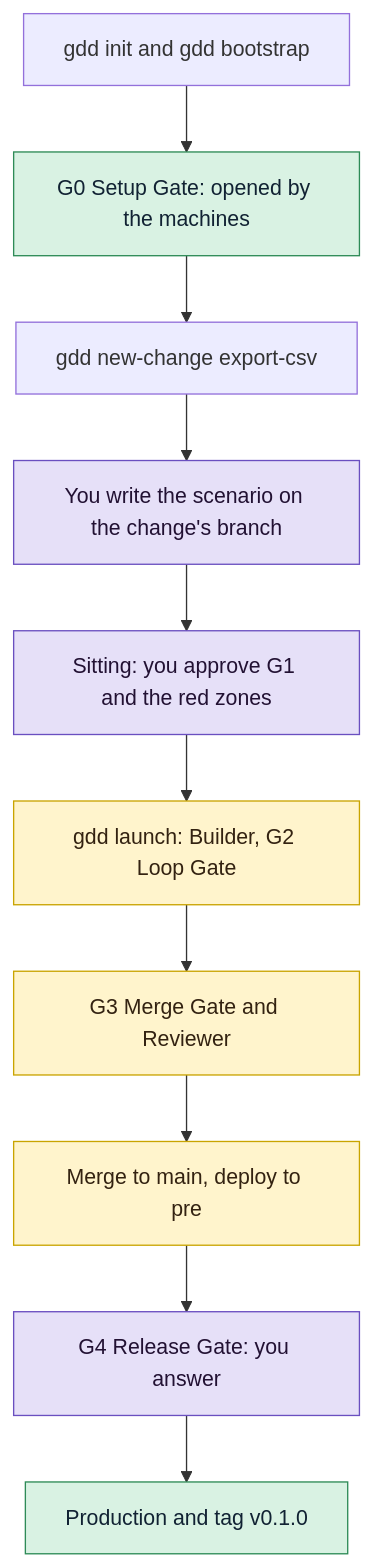
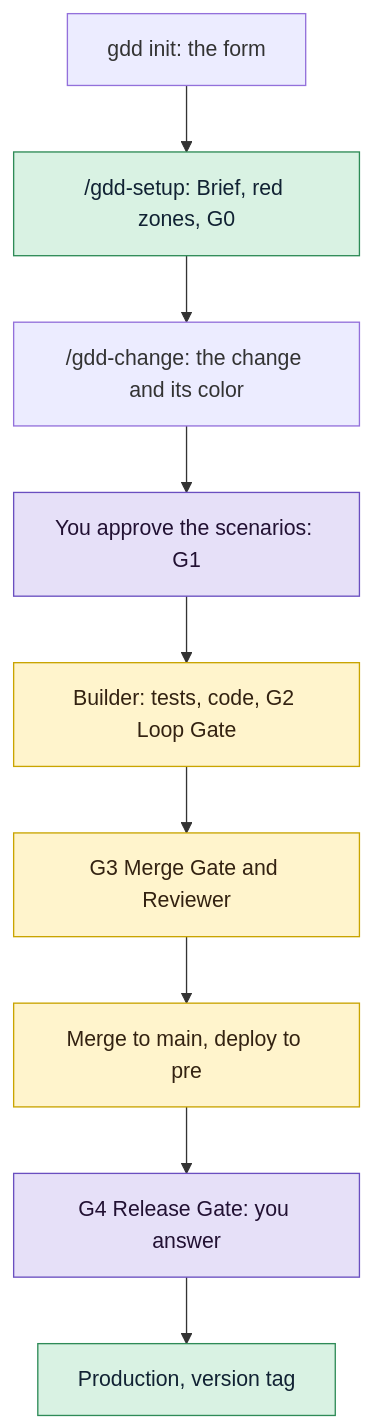
The diagram in docs/getting-started/tutorial.md (MarsGotta/gdd), drawn with Mermaid before and after one commit. The commit also changed other lines of this file and 210 other files, not shown here.

````diff
--- a/docs/getting-started/tutorial.md
+++ b/docs/getting-started/tutorial.md
@@ -23,19 +32,18 @@
 ```mermaid
 flowchart TD
-    A[gdd init and gdd bootstrap] --> B[G0 Setup Gate: opened by the machines]
-    B --> C[gdd new-change export-csv]
-    C --> D[You write the scenario on the change's branch]
-    D --> E[Sitting: you approve G1 and the red zones]
-    E --> F[gdd launch: Builder, G2 Loop Gate]
-    F --> G[G3 Merge Gate and Reviewer]
-    G --> H[Merge to main, deploy to pre]
-    H --> I[G4 Release Gate: you answer]
-    I --> J[Production and tag v0.1.0]
-    class D,E,I human
-    class F,G,H yellow
-    class B,J green
+    A[gdd init: the form] --> B["/gdd-setup: Brief, red zones, G0"]
+    B --> C["/gdd-change: the change and its color"]
+    C --> D[You approve the scenarios: G1]
+    D --> E[Builder: tests, code, G2 Loop Gate]
+    E --> F[G3 Merge Gate and Reviewer]
+    F --> G[Merge to main, deploy to pre]
+    G --> H[G4 Release Gate: you answer]
+    H --> I[Production, version tag]
+    class D,H human
+    class E,F,G yellow
+    class B,I green
     classDef green fill:#d9f2e3,stroke:#2e8b57,color:#123
     classDef yellow fill:#fff4cc,stroke:#c9a400,color:#321
     classDef red fill:#fbdcdc,stroke:#c0392b,color:#311
     classDef human fill:#e6e0f8,stroke:#6a4fc0,color:#213
 ```
````
